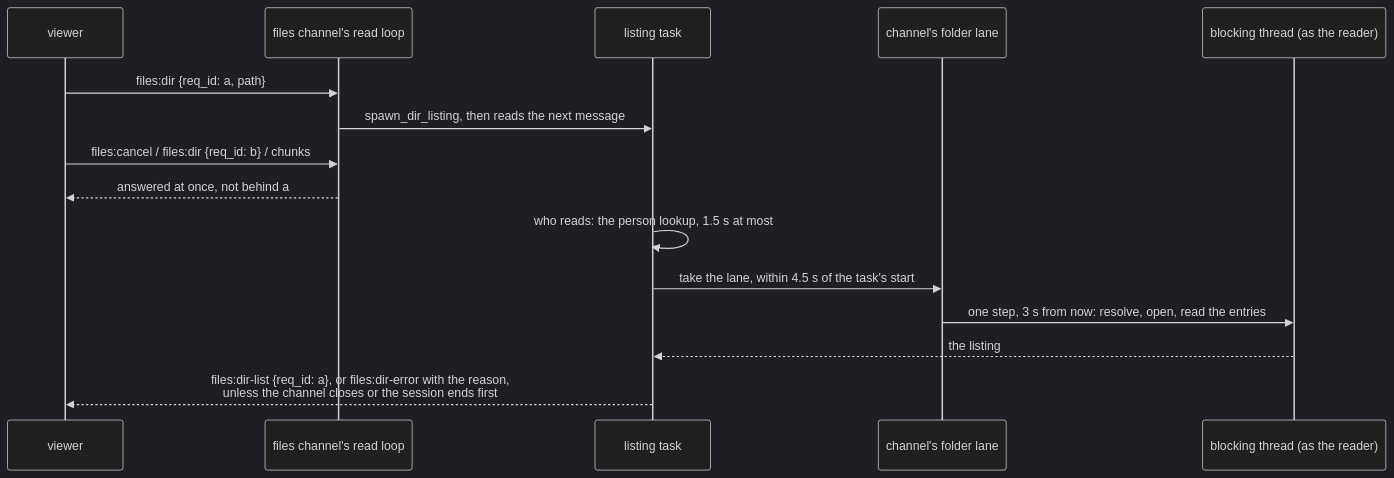
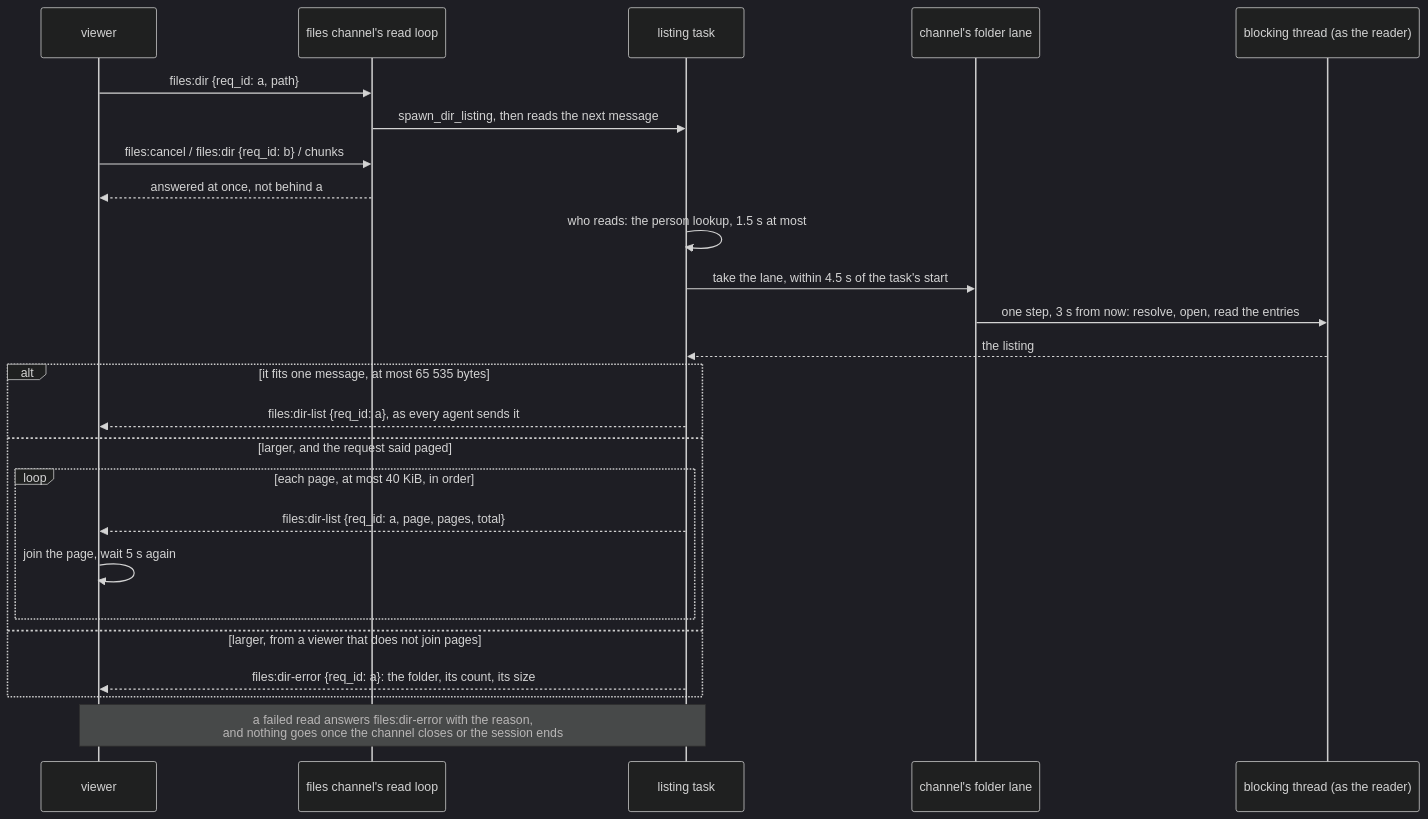
Before and after one commit to gjovanov/roomler-ai: diagram 11 of 46 in docs/desktop-companion.md, drawn with Mermaid (dark theme). The commit also changed other lines of this file and 4 other files, not shown here.

First line of the commit message:
docs(files): a large folder's listing in pages, by viewer and agent (#4121)

````diff
--- a/docs/desktop-companion.md
+++ b/docs/desktop-companion.md
@@ -923,17 +923,27 @@
 ```mermaid
 sequenceDiagram
     participant V as viewer
     participant L as files channel's read loop
     participant T as listing task
     participant K as channel's folder lane
     participant B as blocking thread (as the reader)
     V->>L: files:dir {req_id: a, path}
     L->>T: spawn_dir_listing, then reads the next message
     V->>L: files:cancel / files:dir {req_id: b} / chunks
     L-->>V: answered at once, not behind a
     T->>T: who reads: the person lookup, 1.5 s at most
     T->>K: take the lane, within 4.5 s of the task's start
     K->>B: one step, 3 s from now: resolve, open, read the entries
     B-->>T: the listing
-    T-->>V: files:dir-list {req_id: a}, or files:dir-error with the reason,<br/>unless the channel closes or the session ends first
+    alt it fits one message, at most 65 535 bytes
+        T-->>V: files:dir-list {req_id: a}, as every agent sends it
+    else larger, and the request said paged
+        loop each page, at most 40 KiB, in order
+            T-->>V: files:dir-list {req_id: a, page, pages, total}
+            V->>V: join the page, wait 5 s again
+        end
+    else larger, from a viewer that does not join pages
+        T-->>V: files:dir-error {req_id: a}: the folder, its count, its size
+    end
+    Note over T,V: a failed read answers files:dir-error with the reason,<br/>and nothing goes once the channel closes or the session ends
 ```
````
